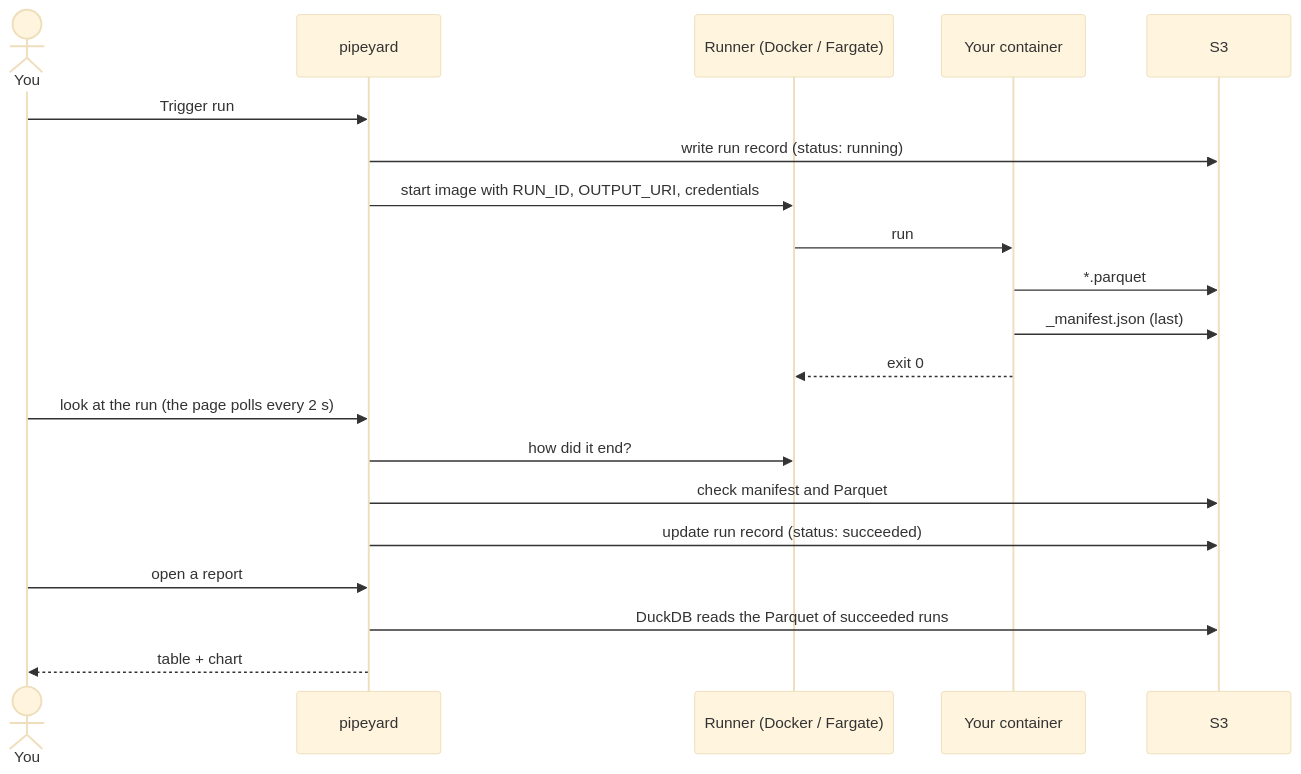
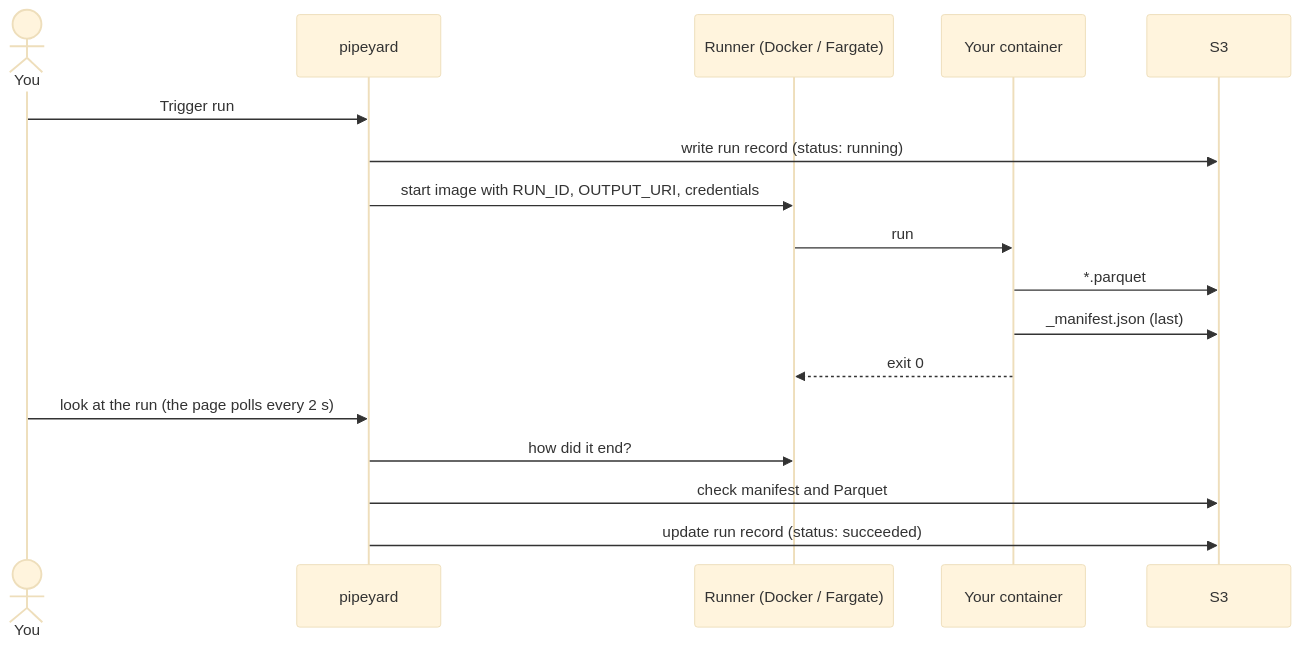
Before and after one commit to hungovercoders/pipeyard: the first of 2 diagrams in docs/how-it-works.md, drawn with Mermaid (base theme). The commit also changed other lines of this file and 34 other files, not shown here.

````diff
--- a/docs/how-it-works.md
+++ b/docs/how-it-works.md
@@ -9,23 +9,20 @@
 ```mermaid
 sequenceDiagram
     actor You
     participant P as pipeyard
     participant R as Runner (Docker / Fargate)
     participant C as Your container
     participant S as S3
 
     You->>P: Trigger run
     P->>S: write run record (status: running)
     P->>R: start image with RUN_ID, OUTPUT_URI, credentials
     R->>C: run
     C->>S: *.parquet
     C->>S: _manifest.json (last)
     C-->>R: exit 0
     You->>P: look at the run (the page polls every 2 s)
     P->>R: how did it end?
     P->>S: check manifest and Parquet
     P->>S: update run record (status: succeeded)
-    You->>P: open a report
-    P->>S: DuckDB reads the Parquet of succeeded runs
-    P-->>You: table + chart
 ```
````
